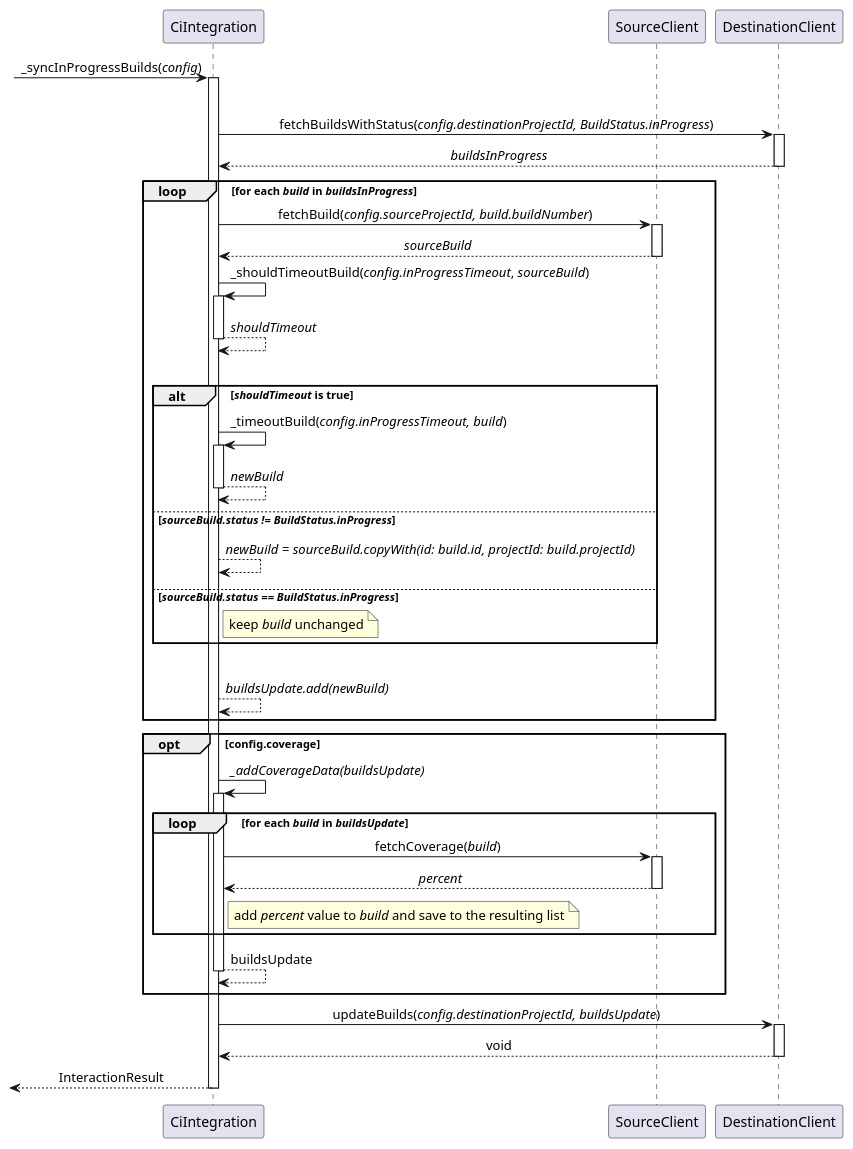
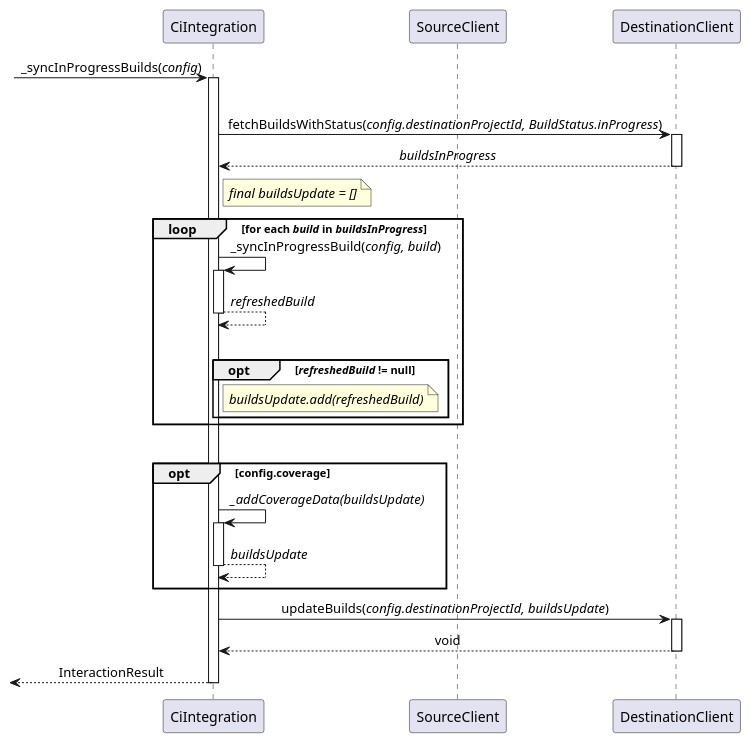
The diagram in metrics/ci_integrations/docs/diagrams/resync_builds_stage_sequence_diagram.puml (Flank/flank-dashboard), drawn with PlantUML before and after one commit. The commit also changed 8 other files, not shown here.

Commit message:
simplify diagrams, add missing diagrams, improve descriptions

```diff
--- a/metrics/ci_integrations/docs/diagrams/resync_builds_stage_sequence_diagram.puml
+++ b/metrics/ci_integrations/docs/diagrams/resync_builds_stage_sequence_diagram.puml
@@ -1,54 +1,36 @@
 @startuml resync_builds_stage_sequence_diagram
 'https://plantuml.com/sequence-diagram
 
 skinparam SequenceMessageAlignment center
 
 participant CiIntegration
 participant SourceClient
 participant DestinationClient
 
 ?-> CiIntegration ++ : _syncInProgressBuilds(//config//)
 |||
 CiIntegration -> DestinationClient ++ : fetchBuildsWithStatus(//config.destinationProjectId, BuildStatus.inProgress//)
 return //buildsInProgress//
-
+note right of CiIntegration: //final buildsUpdate = []//
 loop for each //build// in //buildsInProgress//
-    CiIntegration -> SourceClient ++ : fetchBuild(//config.sourceProjectId, build.buildNumber//)
-    return //sourceBuild//
-    CiIntegration -> CiIntegration ++ : _shouldTimeoutBuild(//config.inProgressTimeout//, //sourceBuild//)
-    return //shouldTimeout//
+    CiIntegration -> CiIntegration ++ : _syncInProgressBuild(//config, build//)
+    return //refreshedBuild//
     |||
-    alt //shouldTimeout// is true
-        ||8||
-        CiIntegration -> CiIntegration ++ : _timeoutBuild(//config.inProgressTimeout, build//)
-        return //newBuild//
-        ||8||
-    else //sourceBuild.status != BuildStatus.inProgress//
-        ||8||
-        CiIntegration --> CiIntegration : //newBuild = sourceBuild.copyWith(id: build.id, projectId: build.projectId)//
-        ||8||
-    else //sourceBuild.status == BuildStatus.inProgress//
-        note right of CiIntegration: keep //build// unchanged
+    opt //refreshedBuild// != null
+        note right of CiIntegration: //buildsUpdate.add(refreshedBuild)//
     end
-    |||
-    CiIntegration --> CiIntegration : //buildsUpdate.add(newBuild)//
 end
-
+|||
 opt config.coverage
     ||8||
     CiIntegration -> CiIntegration ++ : //_addCoverageData(buildsUpdate)//
-    loop for each //build// in //buildsUpdate//
-        CiIntegration -> SourceClient ++ : fetchCoverage(//build//)
-        return //percent//
-        note right of CiIntegration: add //percent// value to //build// and save to the resulting list
-    end
-    return buildsUpdate
+    return //buildsUpdate//
     ||8||
 end
 
 CiIntegration -> DestinationClient ++ : updateBuilds(//config.destinationProjectId, buildsUpdate//)
 return void
 
 return InteractionResult
 
 @enduml
```
